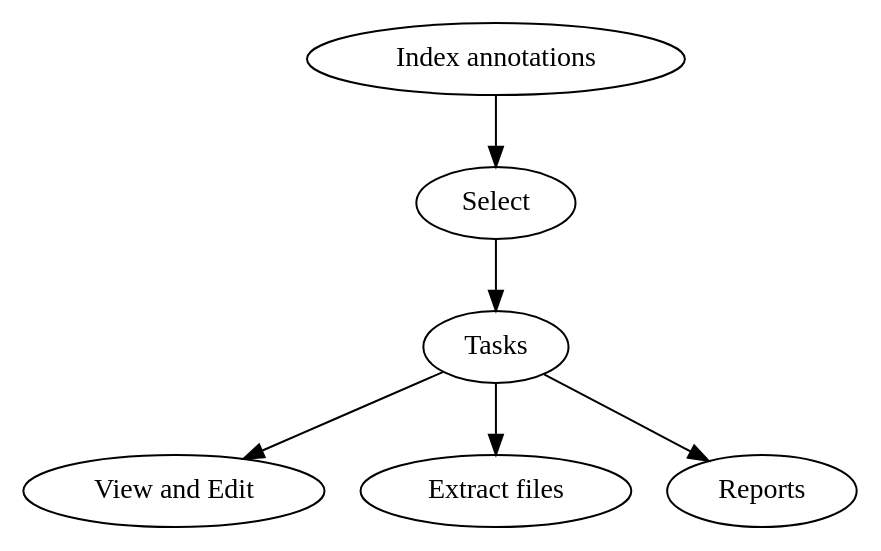
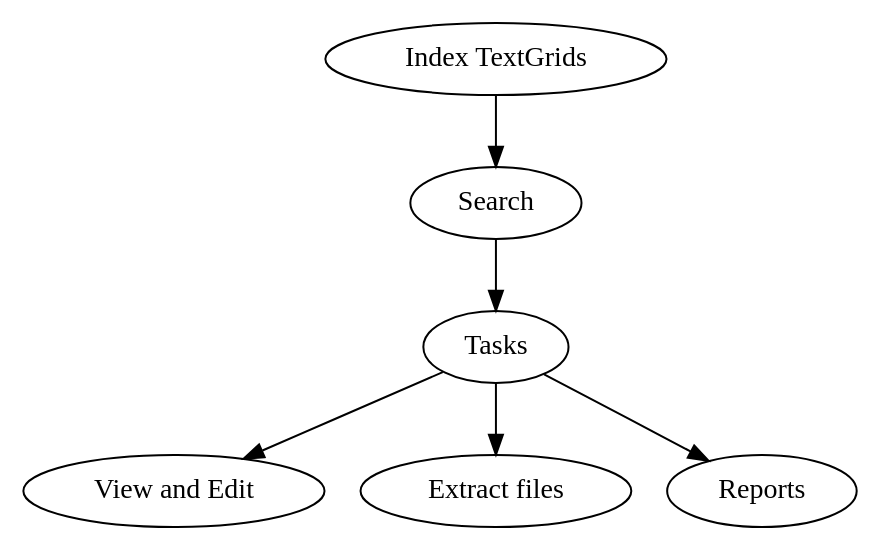
One commit to rolandomunoz/praat_plugin-finder changed the diagram in docs/source/index.rst. Above: the diagram before and after it, drawn with Graphviz. The commit also changed other lines of this file, not shown here.

Commit message:
doc: update content

```diff
--- a/docs/source/index.rst
+++ b/docs/source/index.rst
@@ -12,9 +12,9 @@
 .. graphviz::
 
    digraph Flatland {
 
-      "Index annotations" -> Select -> Tasks;
+      "Index TextGrids" -> Search -> Tasks;
       Tasks -> "View and Edit";
       Tasks -> "Extract files";
       Tasks -> "Reports";
       }
```
